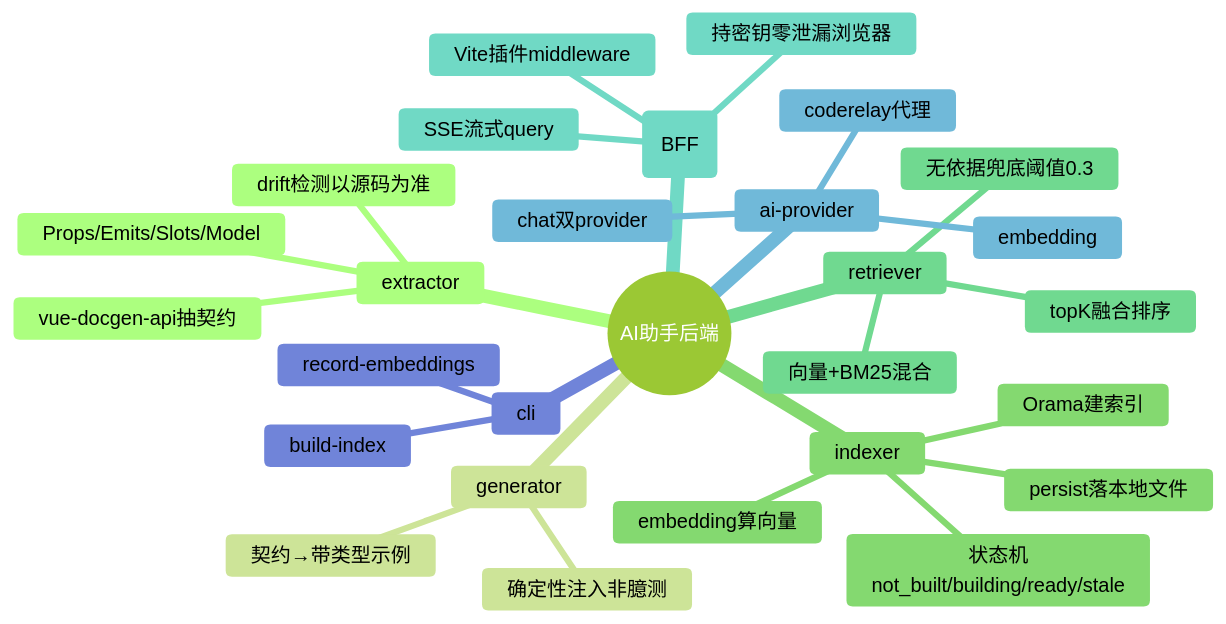
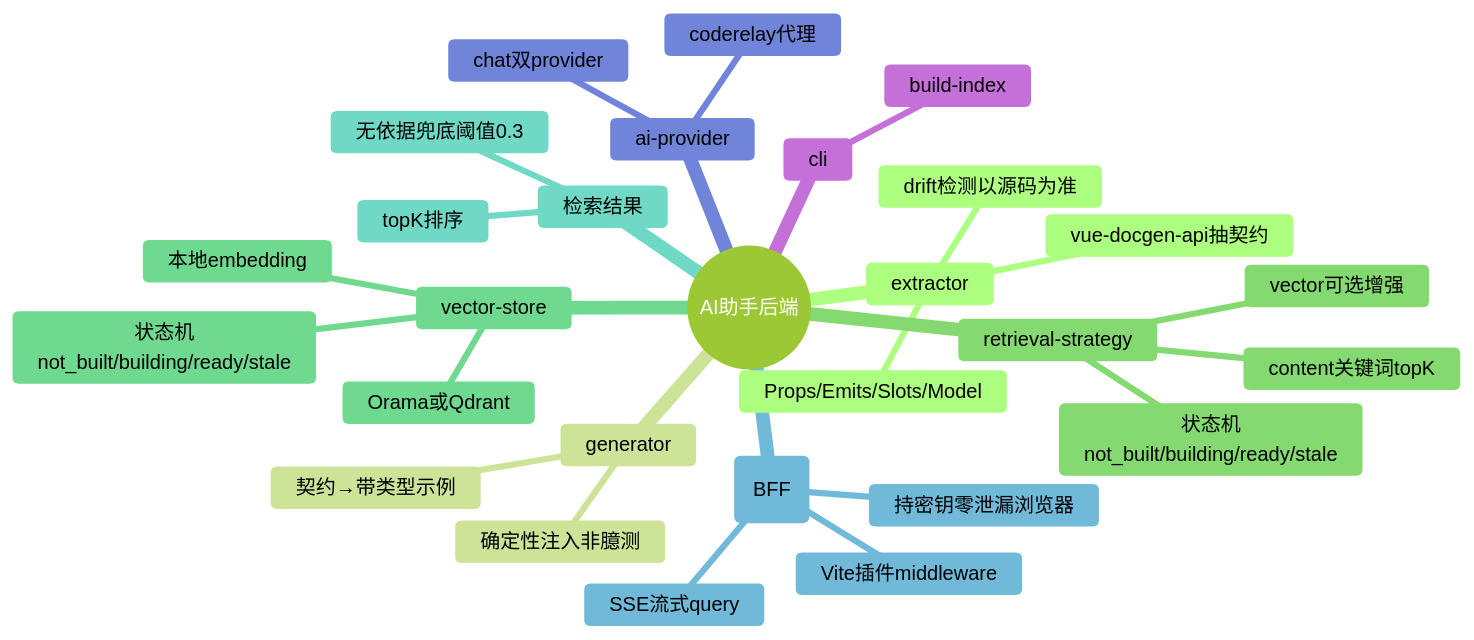
The first of 4 diagrams in docs/plan/backend/组件AI文档与调试助手.md (moluoxixi/vue-components), drawn with Mermaid (forest theme) before and after one commit. The commit also changed other lines of this file and 39 other files, not shown here.

````diff
--- a/docs/plan/backend/组件AI文档与调试助手.md
+++ b/docs/plan/backend/组件AI文档与调试助手.md
@@ -9,31 +9,31 @@
 ```mermaid
 mindmap
   root((AI助手后端))
     extractor
       vue-docgen-api抽契约
       Props/Emits/Slots/Model
       drift检测以源码为准
     generator
       契约→带类型示例
       确定性注入非臆测
-    indexer
-      embedding算向量
-      Orama建索引
-      persist落本地文件
+    retrieval-strategy
+      content关键词topK
+      vector可选增强
       状态机not_built/building/ready/stale
-    retriever
-      向量+BM25混合
-      topK融合排序
+    vector-store
+      本地embedding
+      Orama或Qdrant
+      状态机not_built/building/ready/stale
+    检索结果
+      topK排序
       无依据兜底阈值0.3
     server(BFF)
       Vite插件middleware
       SSE流式query
       持密钥零泄漏浏览器
     ai-provider
       chat双provider
-      embedding
       coderelay代理
     cli
       build-index
-      record-embeddings
 ```
````
